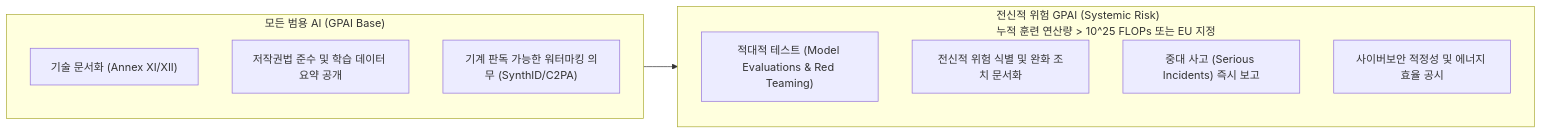
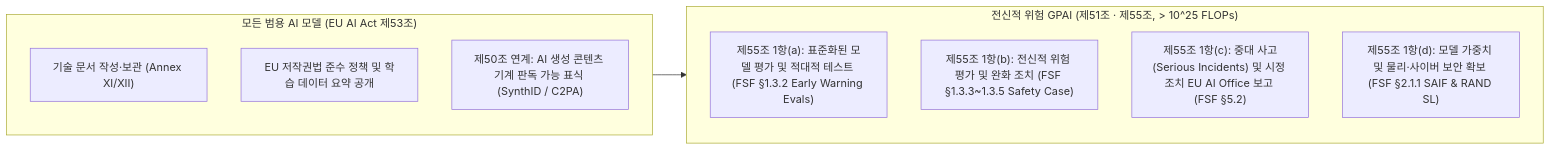
Before and after one commit to likerberi/corpuse: the second of 2 diagrams in reviews/week-04/review_week04.md, drawn with Mermaid. The commit also changed other lines of this file and 4 other files, not shown here.

````diff
--- a/reviews/week-04/review_week04.md
+++ b/reviews/week-04/review_week04.md
@@ -91,17 +123,17 @@
 ```mermaid
 flowchart LR
-    subgraph GPAI_Base["모든 범용 AI (GPAI Base)"]
-        B1["기술 문서화 (Annex XI/XII)"]
-        B2["저작권법 준수 및 학습 데이터 요약 공개"]
-        B3["기계 판독 가능한 워터마킹 의무 (SynthID/C2PA)"]
+    subgraph GPAI_Base["모든 범용 AI 모델 (EU AI Act 제53조)"]
+        B1["기술 문서 작성·보관 (Annex XI/XII)"]
+        B2["EU 저작권법 준수 정책 및 학습 데이터 요약 공개"]
+        B3["제50조 연계: AI 생성 콘텐츠 기계 판독 가능 표식 (SynthID / C2PA)"]
     end
 
-    subgraph GPAI_Systemic["전신적 위험 GPAI (Systemic Risk)<br/>누적 훈련 연산량 > 10^25 FLOPs 또는 EU 지정"]
-        S1["적대적 테스트 (Model Evaluations & Red Teaming)"]
-        S2["전신적 위험 식별 및 완화 조치 문서화"]
-        S3["중대 사고 (Serious Incidents) 즉시 보고"]
-        S4["사이버보안 적정성 및 에너지 효율 공시"]
+    subgraph GPAI_Systemic["전신적 위험 GPAI (제51조 · 제55조, > 10^25 FLOPs)"]
+        S1["제55조 1항(a): 표준화된 모델 평가 및 적대적 테스트 (FSF §1.3.2 Early Warning Evals)"]
+        S2["제55조 1항(b): 전신적 위험 평가 및 완화 조치 (FSF §1.3.3~1.3.5 Safety Case)"]
+        S3["제55조 1항(c): 중대 사고(Serious Incidents) 및 시정 조치 EU AI Office 보고 (FSF §5.2)"]
+        S4["제55조 1항(d): 모델 가중치 및 물리·사이버 보안 확보 (FSF §2.1.1 SAIF & RAND SL)"]
     end
 
     GPAI_Base --> GPAI_Systemic
 ```
````
